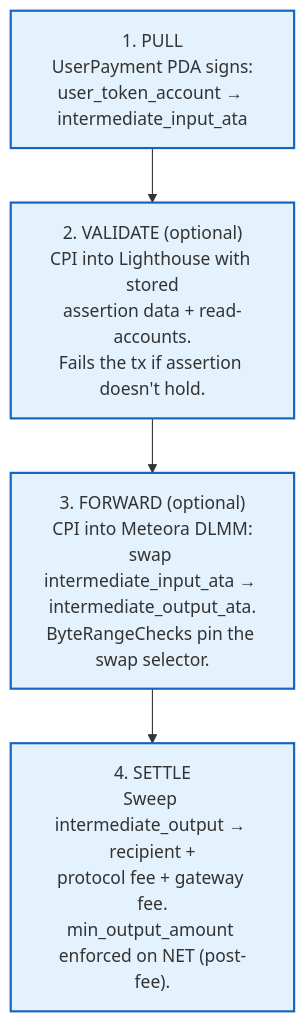
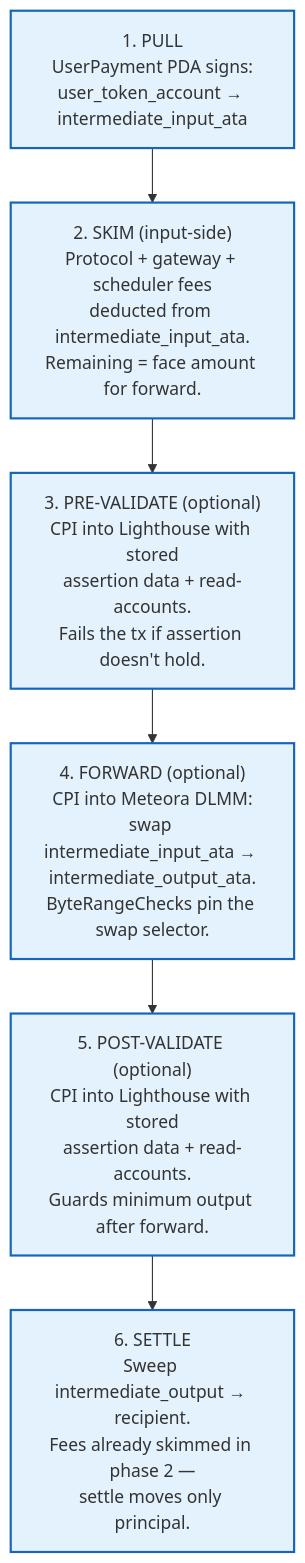
The diagram in apps/docs/docs/integration-guide/programmable-pull-payments/overview.md (tributary-so/tributary), drawn with Mermaid before and after one commit. The commit also changed other lines of this file and 70 other files, not shown here.

````diff
--- a/apps/docs/docs/integration-guide/programmable-pull-payments/overview.md
+++ b/apps/docs/docs/integration-guide/programmable-pull-payments/overview.md
@@ -19,12 +19,14 @@
 ```mermaid
 graph TD
     Pull["1. PULL<br/>UserPayment PDA signs:<br/>user_token_account → intermediate_input_ata"]
-    Val["2. VALIDATE (optional)<br/>CPI into Lighthouse with stored<br/>assertion data + read-accounts.<br/>Fails the tx if assertion doesn't hold."]
-    Fwd["3. FORWARD (optional)<br/>CPI into Meteora DLMM:<br/>swap intermediate_input_ata → intermediate_output_ata.<br/>ByteRangeChecks pin the swap selector."]
-    Settle["4. SETTLE<br/>Sweep intermediate_output → recipient +<br/>protocol fee + gateway fee.<br/>min_output_amount enforced on NET (post-fee)."]
+    Skim["2. SKIM (input-side)<br/>Protocol + gateway + scheduler fees<br/>deducted from intermediate_input_ata.<br/>Remaining = face amount for forward."]
+    PreVal["3. PRE-VALIDATE (optional)<br/>CPI into Lighthouse with stored<br/>assertion data + read-accounts.<br/>Fails the tx if assertion doesn't hold."]
+    Fwd["4. FORWARD (optional)<br/>CPI into Meteora DLMM:<br/>swap intermediate_input_ata → intermediate_output_ata.<br/>ByteRangeChecks pin the swap selector."]
+    PostVal["5. POST-VALIDATE (optional)<br/>CPI into Lighthouse with stored<br/>assertion data + read-accounts.<br/>Guards minimum output after forward."]
+    Settle["6. SETTLE<br/>Sweep intermediate_output → recipient.<br/>Fees already skimmed in phase 2 —<br/>settle moves only principal."]
 
-    Pull --> Val --> Fwd --> Settle
+    Pull --> Skim --> PreVal --> Fwd --> PostVal --> Settle
 
     classDef phase fill:#e3f2fd,stroke:#1565c0,stroke-width:2px
-    class Pull,Val,Fwd,Settle phase
+    class Pull,Skim,PreVal,Fwd,PostVal,Settle phase
 ```
````
